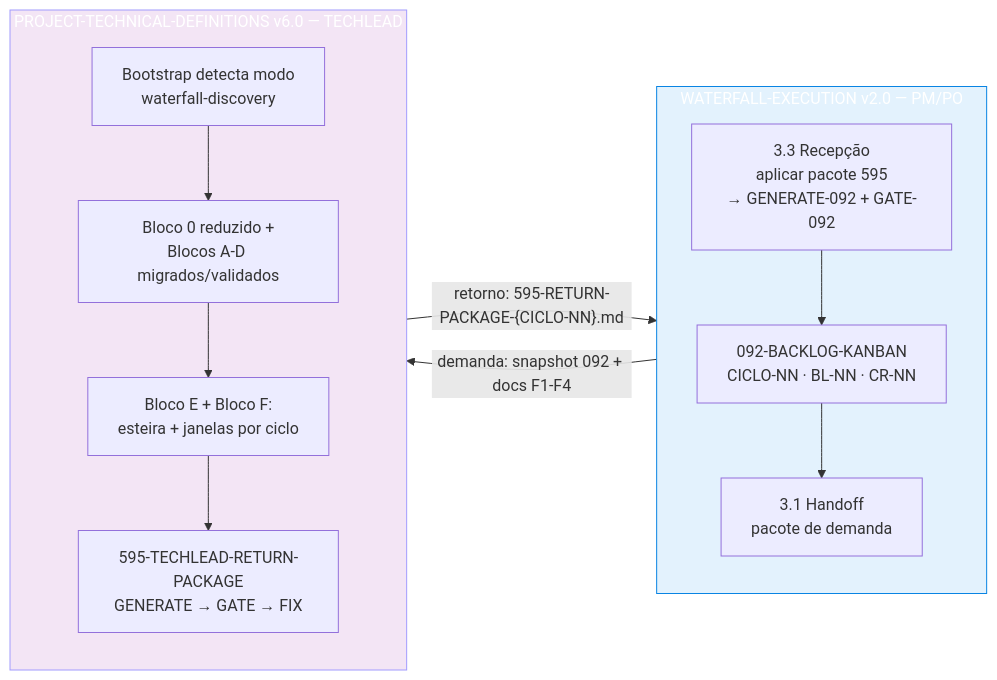
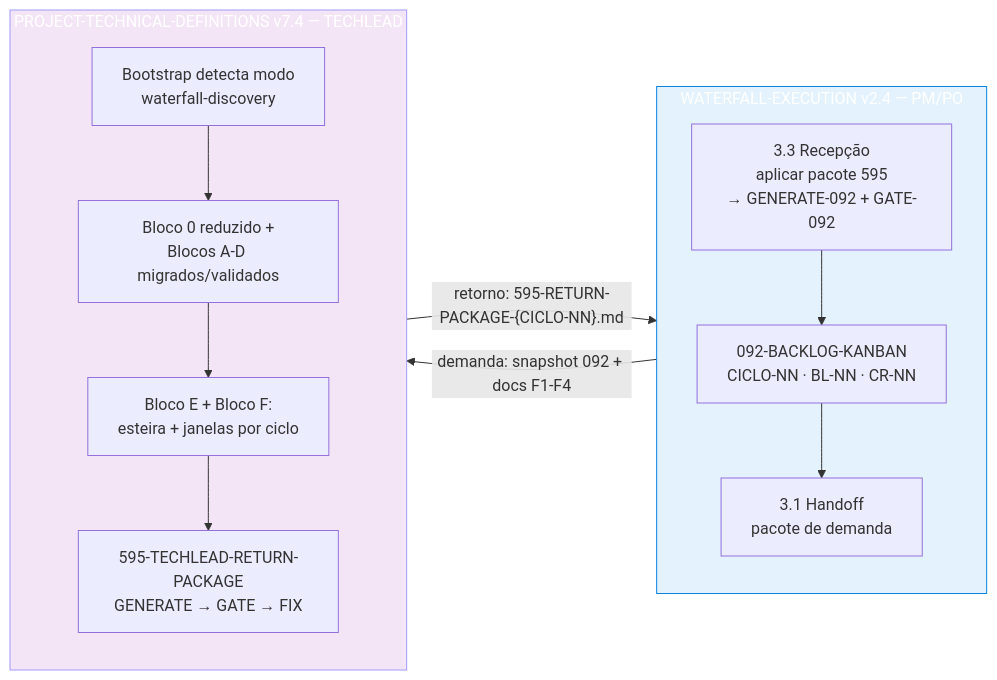
The tenth of 11 diagrams in .specs/prompts/project-technical-definitions/FLOWCHART-PROMPT-ROADMAP-GENERATE-PROJECT-TECHNICAL-DEFINITIONS.md (bolismar69/workspace-fbso), drawn with Mermaid before and after one commit. The commit also changed other lines of this file and 16 other files, not shown here.

First line of the commit message:
fix: consistência geral dos roadmaps e flowcharts — versões, Mermaid e referências internas

````diff
--- a/.specs/prompts/project-technical-definitions/FLOWCHART-PROMPT-ROADMAP-GENERATE-PROJECT-TECHNICAL-DEFINITIONS.md
+++ b/.specs/prompts/project-technical-definitions/FLOWCHART-PROMPT-ROADMAP-GENERATE-PROJECT-TECHNICAL-DEFINITIONS.md
@@ -920,21 +923,21 @@
 ```mermaid
 flowchart LR
-    subgraph PMPO[WATERFALL-EXECUTION v2.0 — PM/PO]
+    subgraph PMPO[WATERFALL-EXECUTION v2.4 — PM/PO]
         direction TB
         P1[092-BACKLOG-KANBAN<br/>CICLO-NN · BL-NN · CR-NN] --> P2[3.1 Handoff<br/>pacote de demanda]
         P4[3.3 Recepção<br/>aplicar pacote 595<br/>→ GENERATE-092 + GATE-092] --> P1
     end
 
-    subgraph TECHLEAD[PROJECT-TECHNICAL-DEFINITIONS v6.0 — TECHLEAD]
+    subgraph TECHLEAD[PROJECT-TECHNICAL-DEFINITIONS v7.4 — TECHLEAD]
         direction TB
         T0[Bootstrap detecta modo<br/>waterfall-discovery] --> T1[Bloco 0 reduzido +<br/>Blocos A-D migrados/validados]
         T1 --> T2[Bloco E + Bloco F:<br/>esteira + janelas por ciclo]
         T2 --> T3[595-TECHLEAD-RETURN-PACKAGE<br/>GENERATE → GATE → FIX]
     end
 
     P2 -->|"demanda: snapshot 092 + docs F1-F4"| TECHLEAD
     T3 -->|"retorno: 595-RETURN-PACKAGE-{CICLO-NN}.md"| P4
 
     style PMPO fill:#e3f2fd,stroke:#0984e3,color:#ffffff
     style TECHLEAD fill:#f3e5f5,stroke:#a29bfe,color:#ffffff
 ```
````
